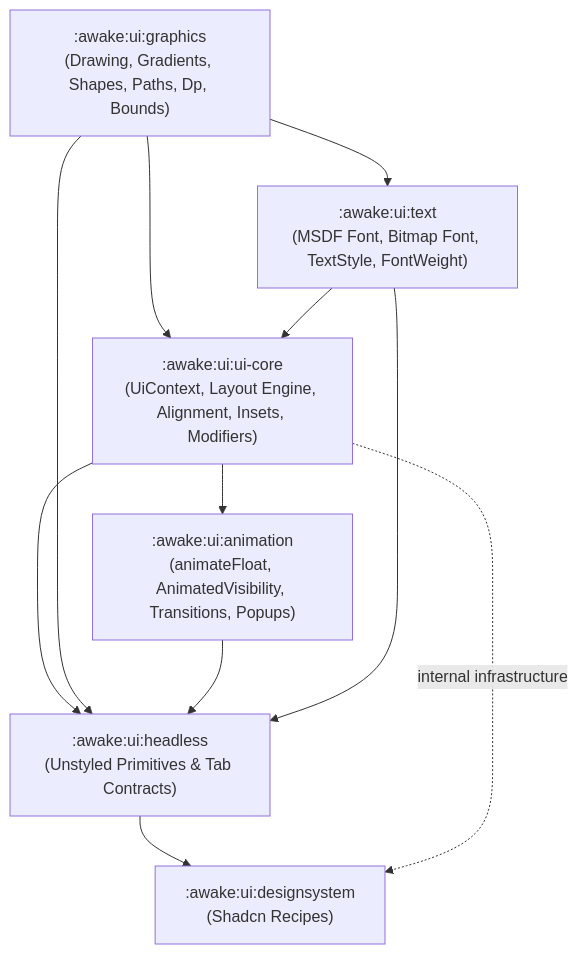
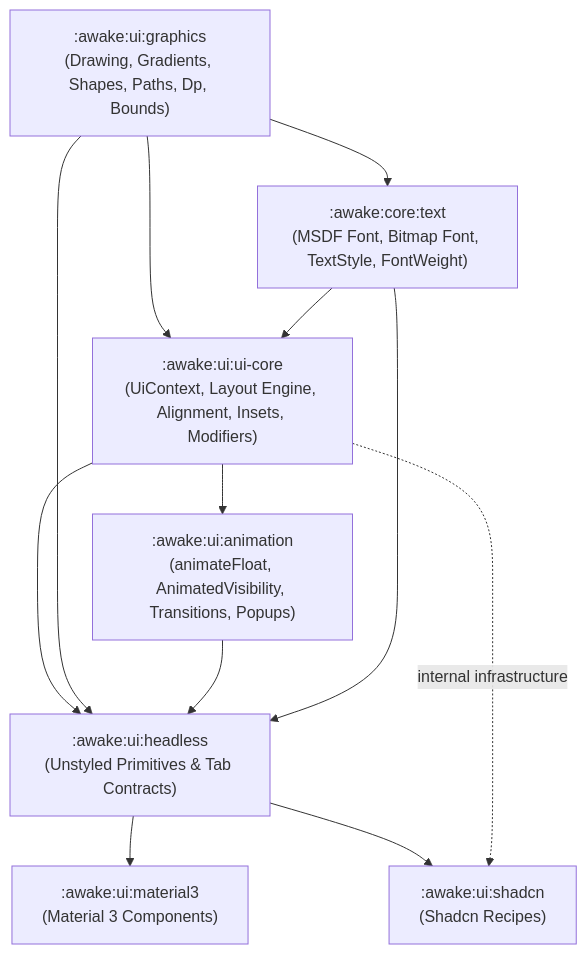
The diagram in awake/ui/README.md (awakekt/awake), drawn with Mermaid before and after one commit. The commit also changed other lines of this file and 3492 other files, not shown here.

Commit message:
chore(release): cut v0.1.0-dev.7 - Shadcn headless component suite and visual parity

````diff
--- a/awake/ui/README.md
+++ b/awake/ui/README.md
@@ -54,21 +56,23 @@
 ```mermaid
 graph TD
     GRAPHICS[":awake:ui:graphics<br/>(Drawing, Gradients, Shapes, Paths, Dp, Bounds)"]
-    TEXT[":awake:ui:text<br/>(MSDF Font, Bitmap Font, TextStyle, FontWeight)"]
+    TEXT[":awake:core:text<br/>(MSDF Font, Bitmap Font, TextStyle, FontWeight)"]
     CORE[":awake:ui:ui-core<br/>(UiContext, Layout Engine, Alignment, Insets, Modifiers)"]
     ANIMATION[":awake:ui:animation<br/>(animateFloat, AnimatedVisibility, Transitions, Popups)"]
     HEADLESS[":awake:ui:headless<br/>(Unstyled Primitives & Tab Contracts)"]
-    DS[":awake:ui:designsystem<br/>(Shadcn Recipes)"]
+    MATERIAL3[":awake:ui:material3<br/>(Material 3 Components)"]
+    DS[":awake:ui:shadcn<br/>(Shadcn Recipes)"]
 
     GRAPHICS --> TEXT
     GRAPHICS --> CORE
     TEXT --> CORE
     CORE --> ANIMATION
     CORE --> HEADLESS
     GRAPHICS --> HEADLESS
     ANIMATION --> HEADLESS
     TEXT --> HEADLESS
 
+    HEADLESS --> MATERIAL3
     HEADLESS --> DS
     CORE -. "internal infrastructure" .-> DS
 ```
````
